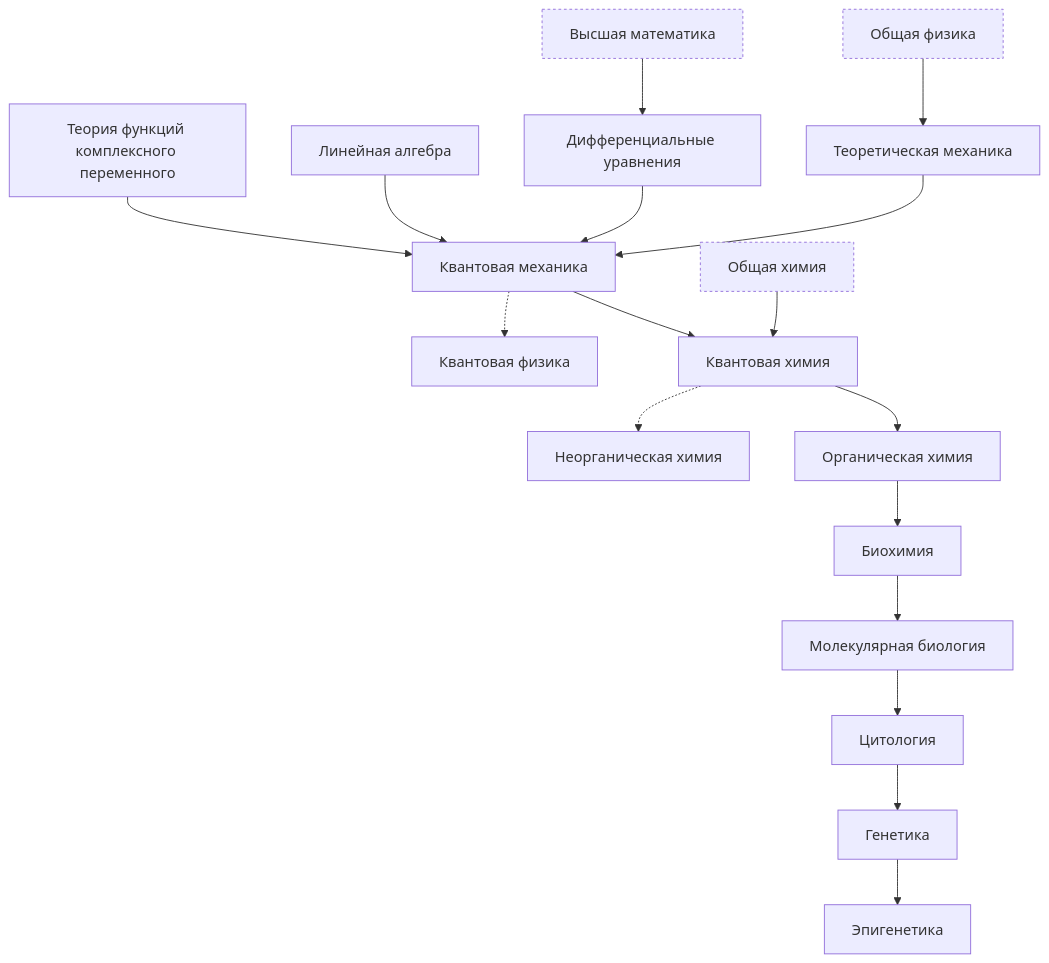
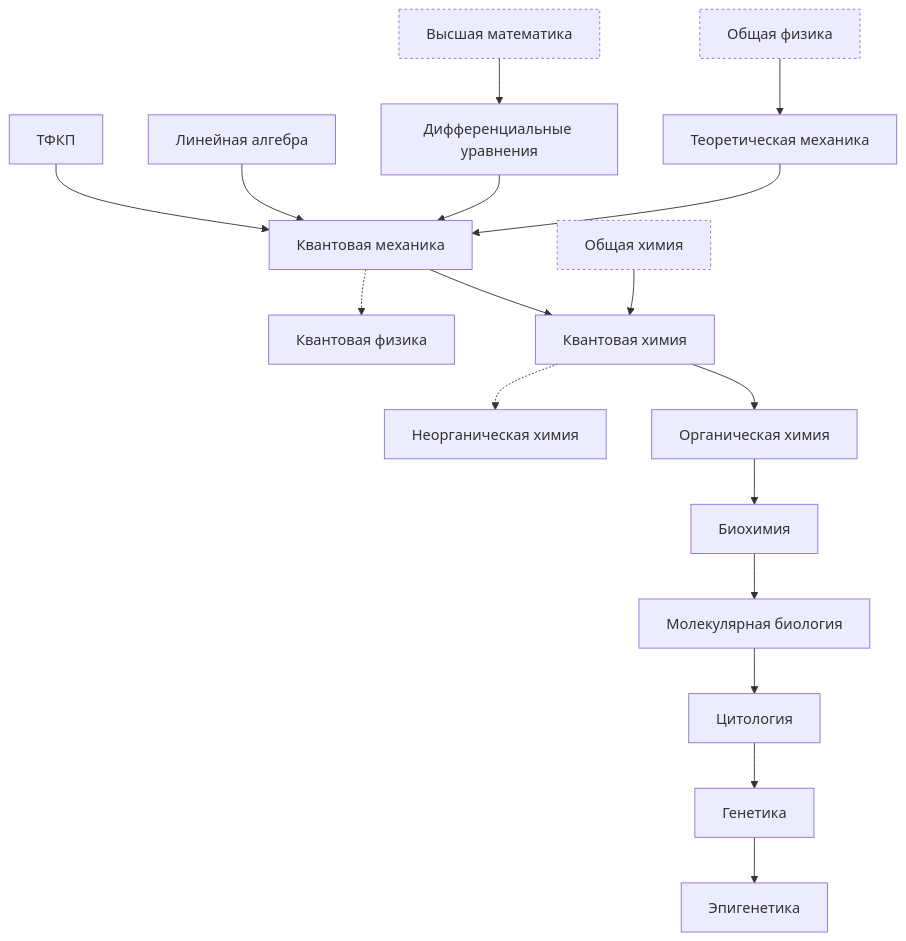
Before and after one commit to prozion/anti-aging-education: the diagram in learning-tracks.md, drawn with Mermaid.

````diff
--- a/learning-tracks.md
+++ b/learning-tracks.md
@@ -7,33 +7,34 @@
 ```mermaid
 flowchart TD;
     Mgen[Высшая математика]:::cond;
     Linal[Линейная алгебра]
     Diffur[Дифференциальные уравнения]
-    Tfkp[Теория функций комплексного переменного]
+    Tfkp[ТФКП]
     Phgen[Общая физика]:::cond;
     Teormech[Теоретическая механика]
     Qmech[Квантовая механика];
     Phq[Квантовая физика];
     Chgen[Общая химия]:::cond;
     Chnorg[Неорганическая химия];
     Chorg[Органическая химия];
     Chq[Квантовая химия];
     Bioch[Биохимия];
     Molb[Молекулярная биология]
     Cyt[Цитология]
     Gen[Генетика]
     Epi[Эпигенетика]
 
     Chgen --> Chq --> Chorg --> Bioch --> Molb --> Cyt --> Gen --> Epi;
     Chq -.-> Chnorg;
     Phgen --> Teormech --> Qmech --> Chq;
     Mgen --> Diffur --> Qmech;
     Qmech -.-> Phq;
     Linal --> Qmech;
     Tfkp --> Qmech;
 
     classDef cond stroke-dasharray:3;
 
+    click Tfkp "https://github.com/prozion/anti-aging-education/#теория-функции-комплексного-переменного" "Теория функций комплексного переменного"
     click Chorg "https://github.com/prozion/anti-aging-education/#органическая-химия" _blank
     click Chq "https://github.com/prozion/anti-aging-education/#квантовая-химия" _blank
 ```
````
